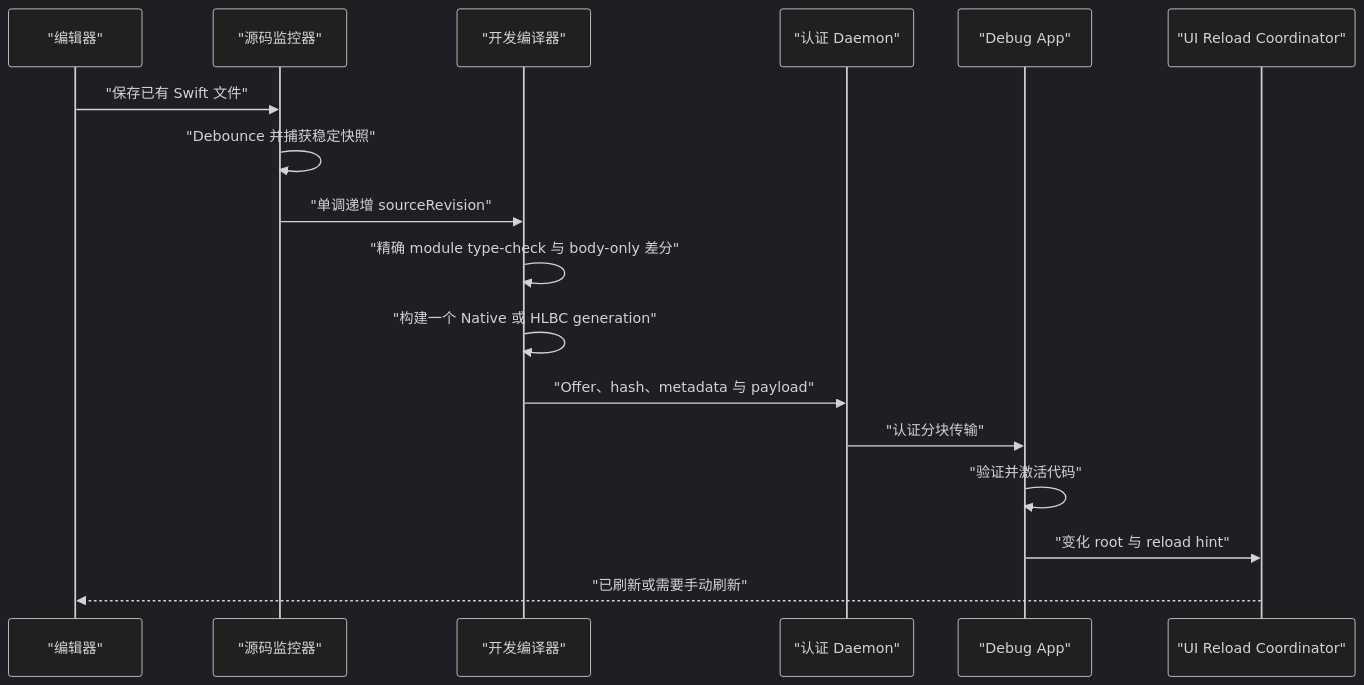
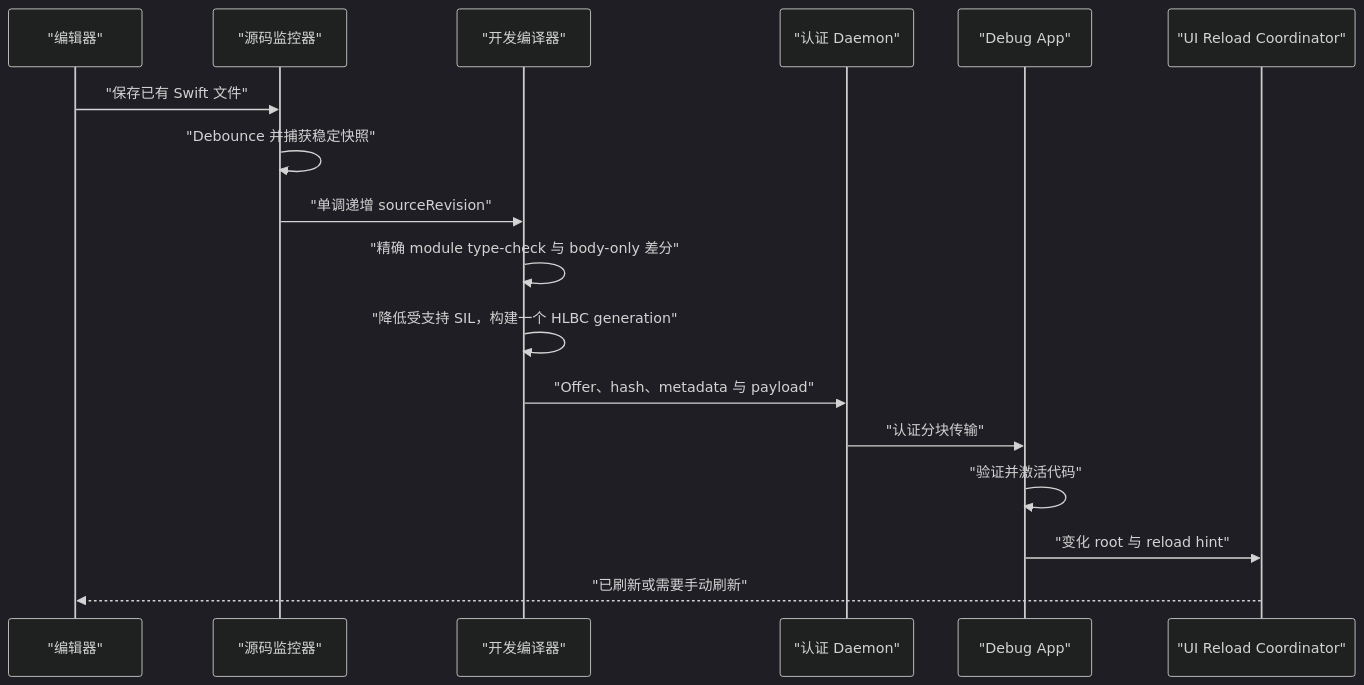
Before and after one commit to TangentW/Helix: the diagram in Docs/Development-Live-Reload.zh-CN.md, drawn with Mermaid (dark theme). The commit also changed other lines of this file and 104 other files, not shown here.

````diff
--- a/Docs/Development-Live-Reload.zh-CN.md
+++ b/Docs/Development-Live-Reload.zh-CN.md
@@ -23,20 +23,20 @@
 ```mermaid
 sequenceDiagram
     participant E as "编辑器"
     participant M as "源码监控器"
     participant C as "开发编译器"
     participant D as "认证 Daemon"
     participant A as "Debug App"
     participant U as "UI Reload Coordinator"
 
     E->>M: "保存已有 Swift 文件"
     M->>M: "Debounce 并捕获稳定快照"
     M->>C: "单调递增 sourceRevision"
     C->>C: "精确 module type-check 与 body-only 差分"
-    C->>C: "构建一个 Native 或 HLBC generation"
+    C->>C: "降低受支持 SIL，构建一个 HLBC generation"
     C->>D: "Offer、hash、metadata 与 payload"
     D->>A: "认证分块传输"
     A->>A: "验证并激活代码"
     A->>U: "变化 root 与 reload hint"
     U-->>E: "已刷新或需要手动刷新"
 ```
````
